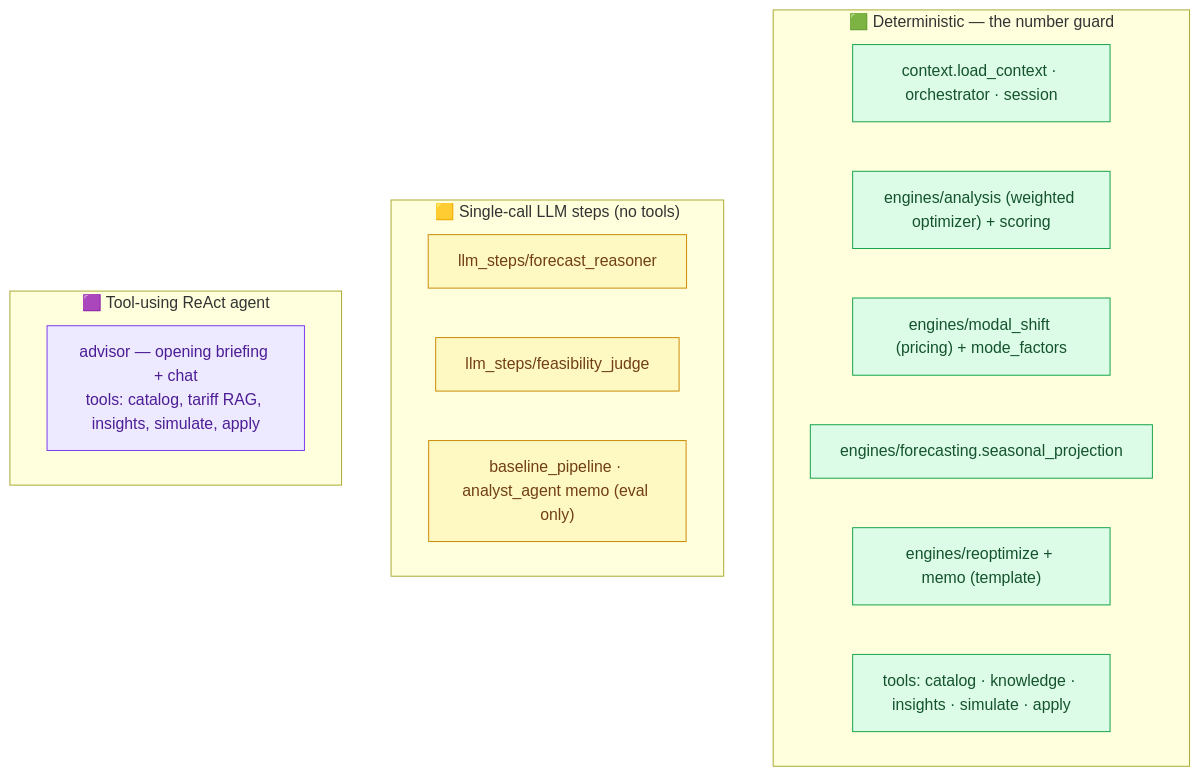
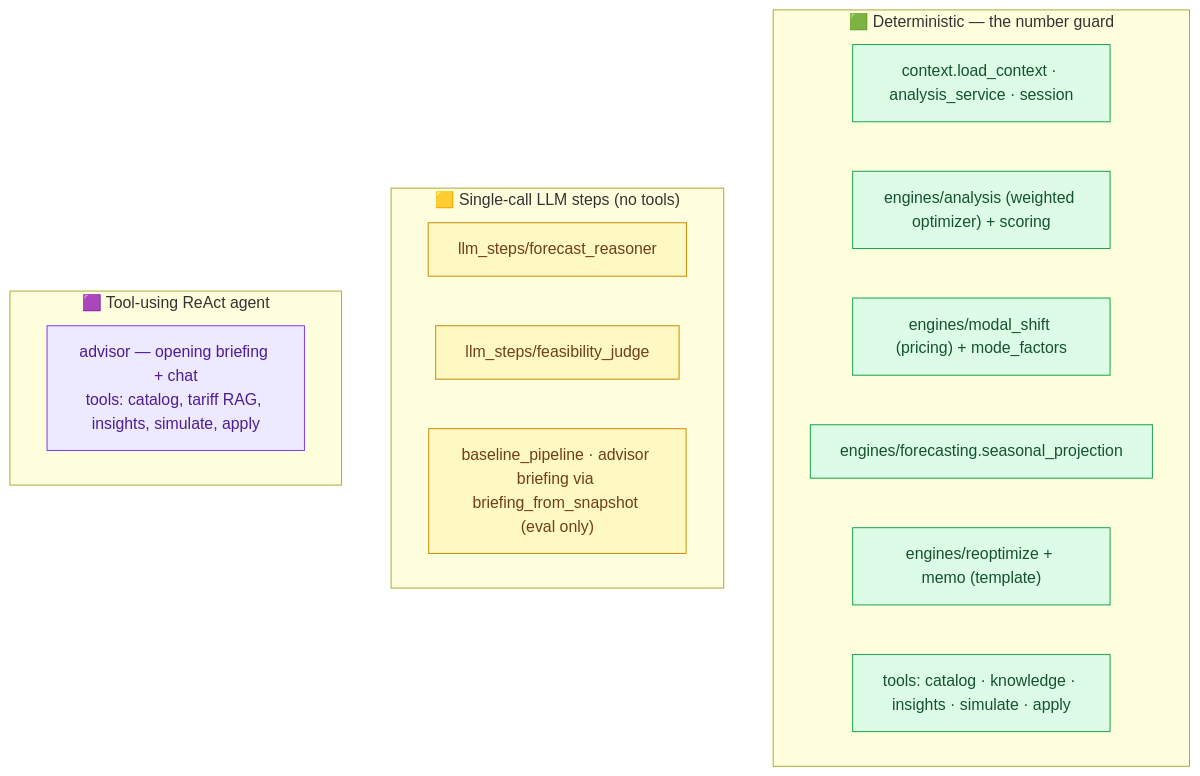
Diagram 13 of 13 in DELIVERABLES/BACKEND_ARCHITECTURE_REPORT.md (tjorgeo/AIIM_DB_mobility_advisior), drawn with Mermaid before and after one commit. The commit also changed other lines of this file and 19 other files, not shown here.

````diff
--- a/DELIVERABLES/BACKEND_ARCHITECTURE_REPORT.md
+++ b/DELIVERABLES/BACKEND_ARCHITECTURE_REPORT.md
@@ -462,25 +511,25 @@
 ```mermaid
 flowchart TB
     subgraph DET["🟩 Deterministic — the number guard"]
-        d1["context.load_context · orchestrator · session"]
+        d1["context.load_context · analysis_service · session"]
         d2["engines/analysis (weighted optimizer) + scoring"]
         d3["engines/modal_shift (pricing) + mode_factors"]
         d4["engines/forecasting.seasonal_projection"]
         d5["engines/reoptimize + memo (template)"]
         d6["tools: catalog · knowledge · insights · simulate · apply"]
     end
     subgraph STEP["🟨 Single-call LLM steps (no tools)"]
         s1["llm_steps/forecast_reasoner"]
         s2["llm_steps/feasibility_judge"]
-        s3["baseline_pipeline · analyst_agent memo (eval only)"]
+        s3["baseline_pipeline · advisor briefing via briefing_from_snapshot (eval only)"]
     end
     subgraph AGENT["🟪 Tool-using ReAct agent"]
         a1["advisor — opening briefing + chat<br/>tools: catalog, tariff RAG, insights, simulate, apply"]
     end
     classDef det fill:#dcfce7,stroke:#16a34a,color:#14532d;
     classDef llm fill:#fef9c3,stroke:#ca8a04,color:#713f12;
     classDef agent fill:#ede9fe,stroke:#7c3aed,color:#4c1d95;
     class d1,d2,d3,d4,d5,d6 det;
     class s1,s2,s3 llm;
     class a1 agent;
 ```
````
